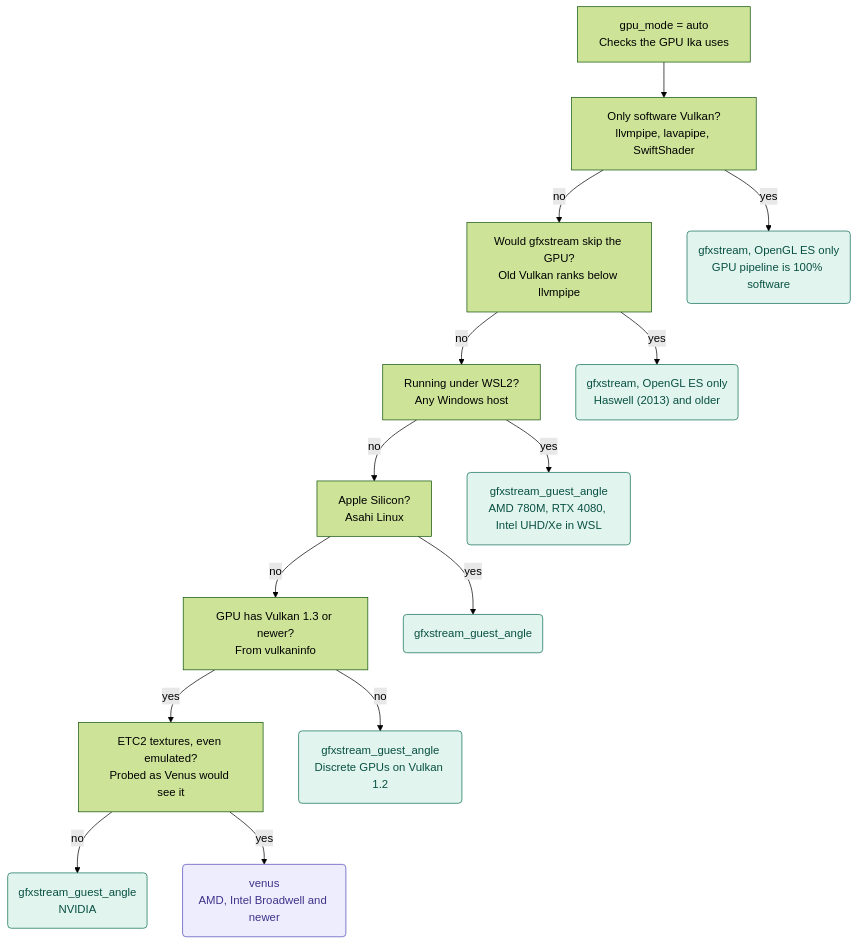
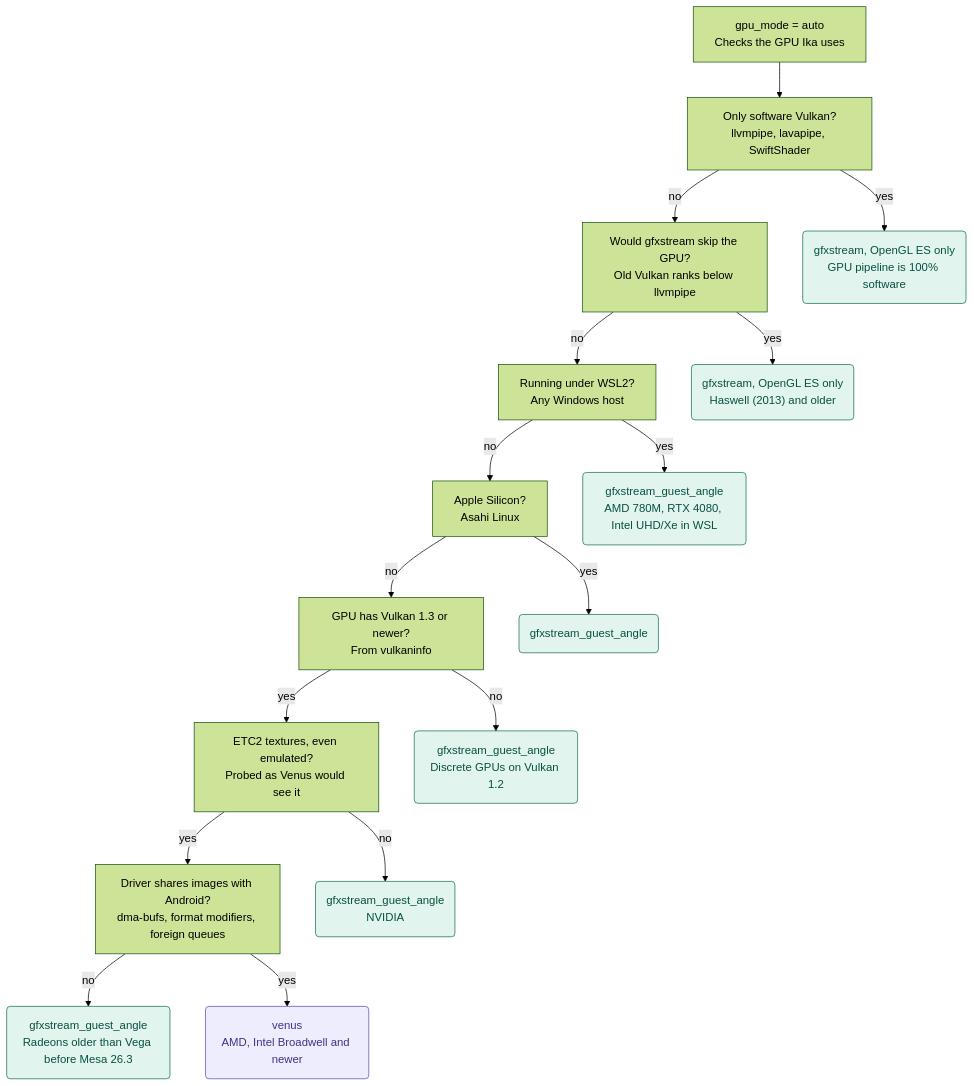
One commit to DesktopECHO/ika changed the diagram in GRAPHICS.md. Above: the diagram before and after it, drawn with Mermaid (forest theme). The commit also changed other lines of this file and 6 other files, not shown here.

````diff
--- a/GRAPHICS.md
+++ b/GRAPHICS.md
@@ -77,36 +82,40 @@
 ```mermaid
 flowchart TD
     start["gpu_mode = auto<br/>Checks the GPU Ika uses"]
     q1["Only software Vulkan?<br/>llvmpipe, lavapipe, SwiftShader"]
     q2["Would gfxstream skip the GPU?<br/>Old Vulkan ranks below llvmpipe"]
     q3["Running under WSL2?<br/>Any Windows host"]
     q4["Apple Silicon?<br/>Asahi Linux"]
     q5["GPU has Vulkan 1.3 or newer?<br/>From vulkaninfo"]
     q6["ETC2 textures, even emulated?<br/>Probed as Venus would see it"]
+    q7["Driver shares images with Android?<br/>dma-bufs, format modifiers, foreign queues"]
     r1("gfxstream, OpenGL ES only<br/>GPU pipeline is 100% software")
     r2("gfxstream, OpenGL ES only<br/>Haswell (2013) and older")
     r3("gfxstream_guest_angle<br/>AMD 780M, RTX 4080, Intel UHD/Xe in WSL")
     r4("gfxstream_guest_angle")
     r5("gfxstream_guest_angle<br/>Discrete GPUs on Vulkan 1.2")
     r6("gfxstream_guest_angle<br/>NVIDIA")
+    r7("gfxstream_guest_angle<br/>Radeons older than Vega before Mesa 26.3")
     venus("venus<br/>AMD, Intel Broadwell and newer")
 
     start --> q1
     q1 -- yes --> r1
     q1 -- no --> q2
     q2 -- yes --> r2
     q2 -- no --> q3
     q3 -- yes --> r3
     q3 -- no --> q4
     q4 -- yes --> r4
     q4 -- no --> q5
     q5 -- no --> r5
     q5 -- yes --> q6
     q6 -- no --> r6
-    q6 -- yes --> venus
+    q6 -- yes --> q7
+    q7 -- no --> r7
+    q7 -- yes --> venus
 
     classDef gfx fill:#E1F5EE,stroke:#0F6E56,color:#085041
     classDef ven fill:#EEEDFE,stroke:#534AB7,color:#3C3489
-    class r1,r2,r3,r4,r5,r6 gfx
+    class r1,r2,r3,r4,r5,r6,r7 gfx
     class venus ven
 ```
````
